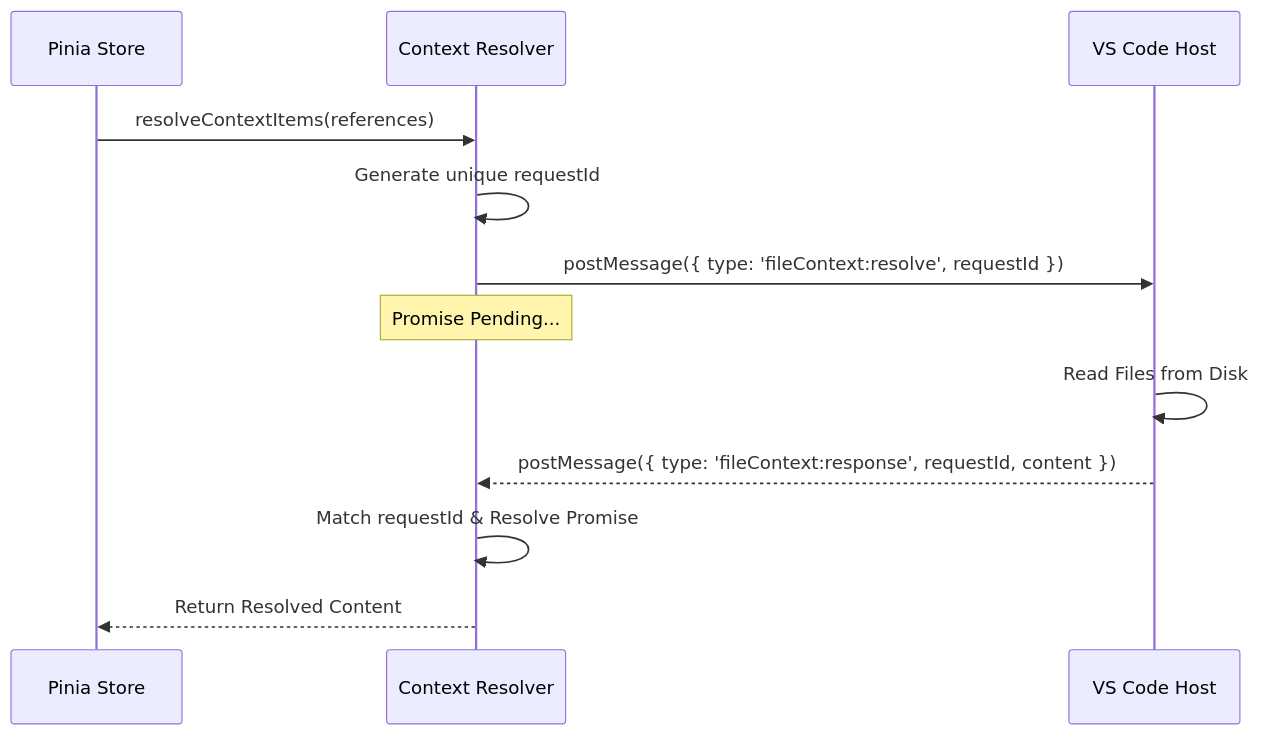
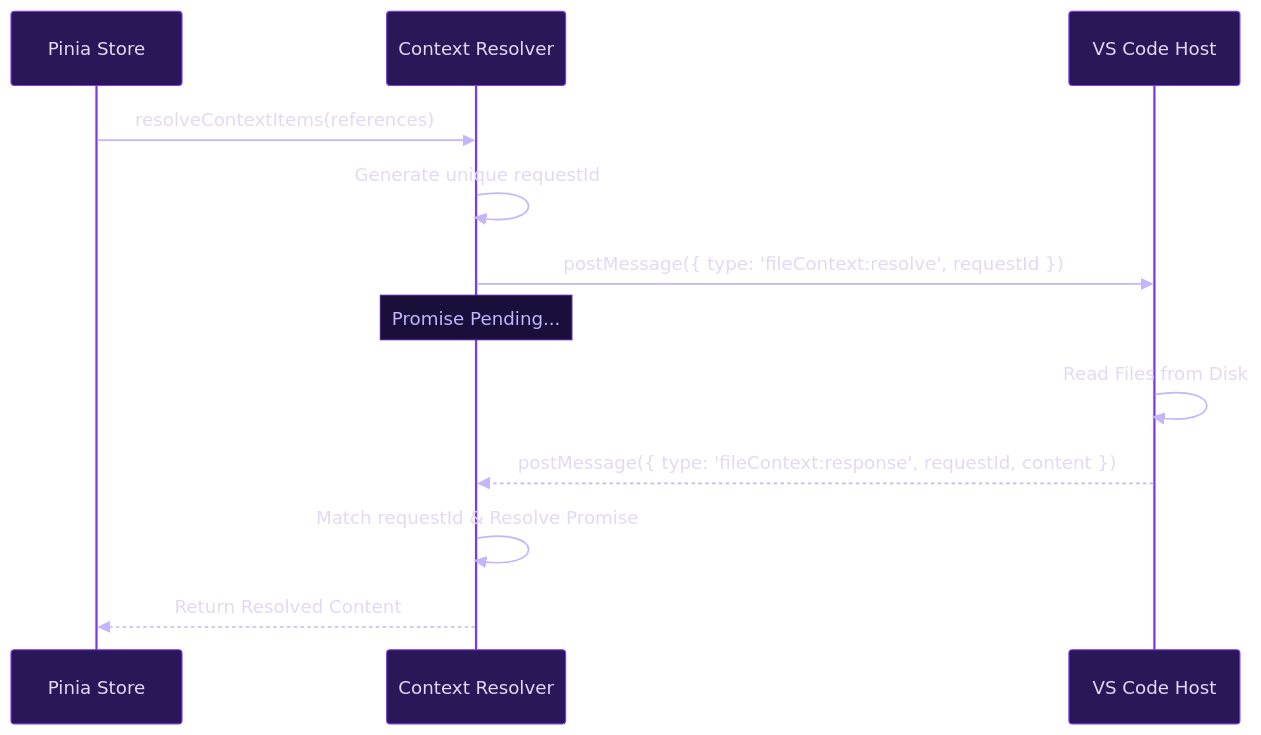
Before and after one commit to BabaDeluxe/babadeluxe-webview: the second of 5 diagrams in README.md, drawn with Mermaid. The commit also changed other lines of this file, not shown here.

Commit message:
docs: :art: Applied consistent dark purple cyberpunk theme to all Mermaid diagrams

````diff
--- a/README.md
+++ b/README.md
@@ -62,18 +63,19 @@
 ```mermaid
+%%{init: {'theme': 'base', 'themeVariables': {'background': '#13111a', 'primaryColor': '#2a1758', 'primaryTextColor': '#e2d9f3', 'primaryBorderColor': '#7c3aed', 'lineColor': '#7c3aed', 'secondaryColor': '#1a0f3a', 'tertiaryColor': '#0f1a2a', 'edgeLabelBackground': '#1a1030', 'actorBkg': '#2a1758', 'actorBorder': '#7c3aed', 'actorTextColor': '#e2d9f3', 'actorLineColor': '#7c3aed', 'signalColor': '#c4b5fd', 'signalTextColor': '#e2d9f3', 'labelBoxBkgColor': '#1a0f3a', 'labelBoxBorderColor': '#4c1d95', 'labelTextColor': '#c4b5fd', 'loopTextColor': '#e2d9f3', 'noteBkgColor': '#1a0f3a', 'noteTextColor': '#c4b5fd', 'noteBorderColor': '#4c1d95', 'activationBkgColor': '#4c1d95', 'activationBorderColor': '#7c3aed', 'sequenceNumberColor': '#e2d9f3', 'fontFamily': 'monospace'}}}%%
 sequenceDiagram
     participant Store as Pinia Store
     participant Resolver as Context Resolver
     participant Host as VS Code Host
 
     Store->>Resolver: resolveContextItems(references)
     Resolver->>Resolver: Generate unique requestId
     Resolver->>Host: postMessage({ type: 'fileContext:resolve', requestId })
 
     Note over Resolver: Promise Pending...
 
     Host->>Host: Read Files from Disk
     Host-->>Resolver: postMessage({ type: 'fileContext:response', requestId, content })
 
     Resolver->>Resolver: Match requestId & Resolve Promise
     Resolver-->>Store: Return Resolved Content
 ```
````
